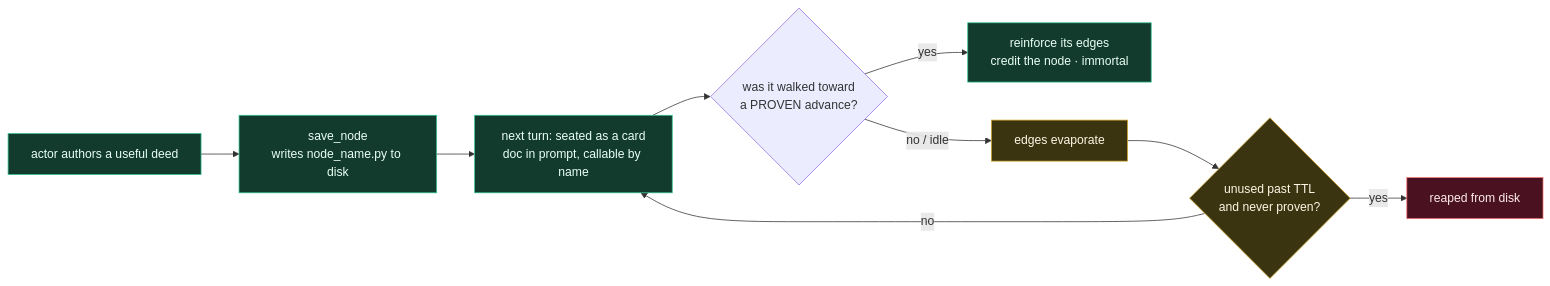
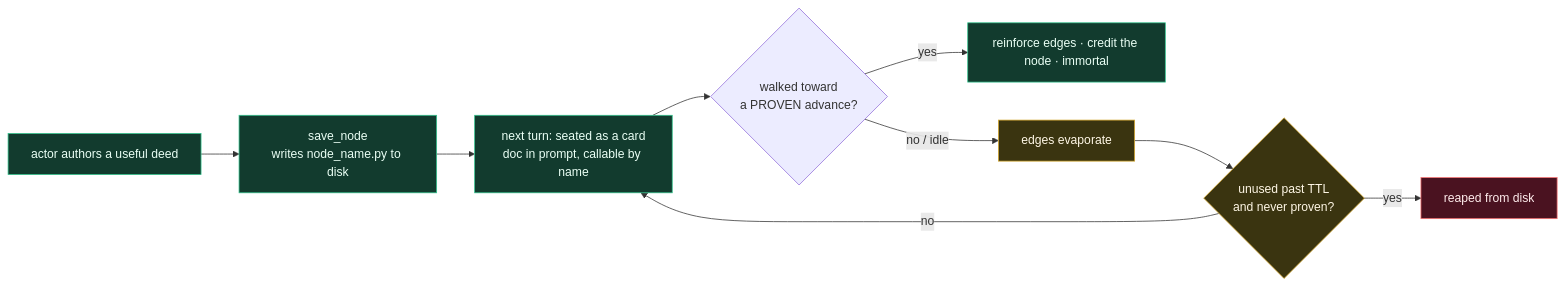
One commit to wgabrys88/endgame-ai changed the tenth of 11 diagrams in README.md. Above: the diagram before and after it, drawn with Mermaid. The commit also changed other lines of this file, not shown here.

````diff
--- a/README.md
+++ b/README.md
@@ -243,18 +353,18 @@
 ```mermaid
 flowchart LR
     A[actor authors a useful deed] --> B[save_node<br/>writes node_name.py to disk]
     B --> C[next turn: seated as a card<br/>doc in prompt, callable by name]
-    C --> D{was it walked toward<br/>a PROVEN advance?}
-    D -- yes --> E[reinforce its edges<br/>credit the node · immortal]
+    C --> D{walked toward<br/>a PROVEN advance?}
+    D -- yes --> E[reinforce edges · credit the node · immortal]
     D -- no / idle --> F[edges evaporate]
     F --> G{unused past TTL<br/>and never proven?}
     G -- yes --> H[reaped from disk]
     G -- no --> C
 
     classDef grow fill:#123b2e,stroke:#31c48d,color:#eafff5;
     classDef fade fill:#3a3410,stroke:#d4a72c,color:#fff7e6;
     classDef die fill:#4a1220,stroke:#f87171,color:#ffecec;
     class A,B,C,E grow;
     class F,G fade;
     class H die;
 ```
````
